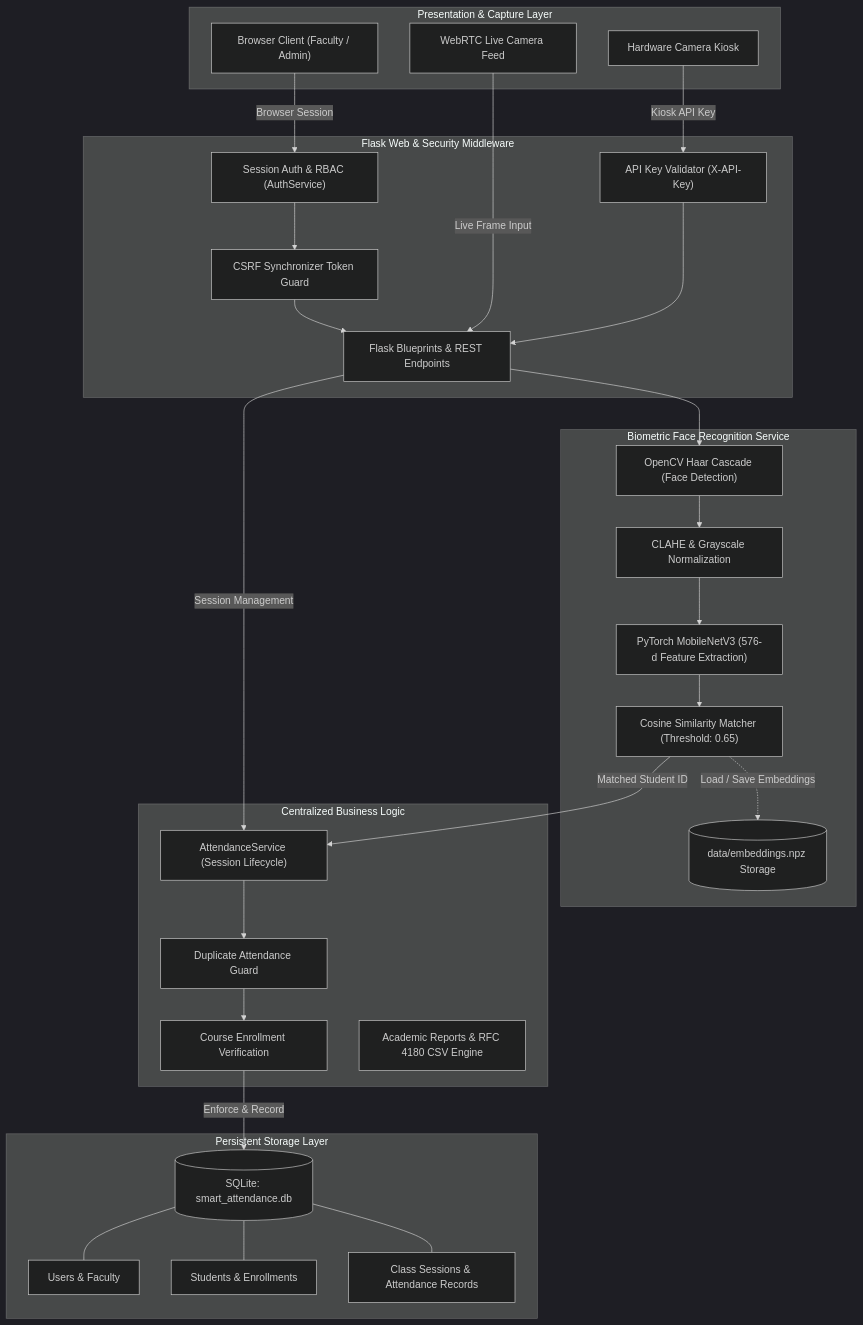
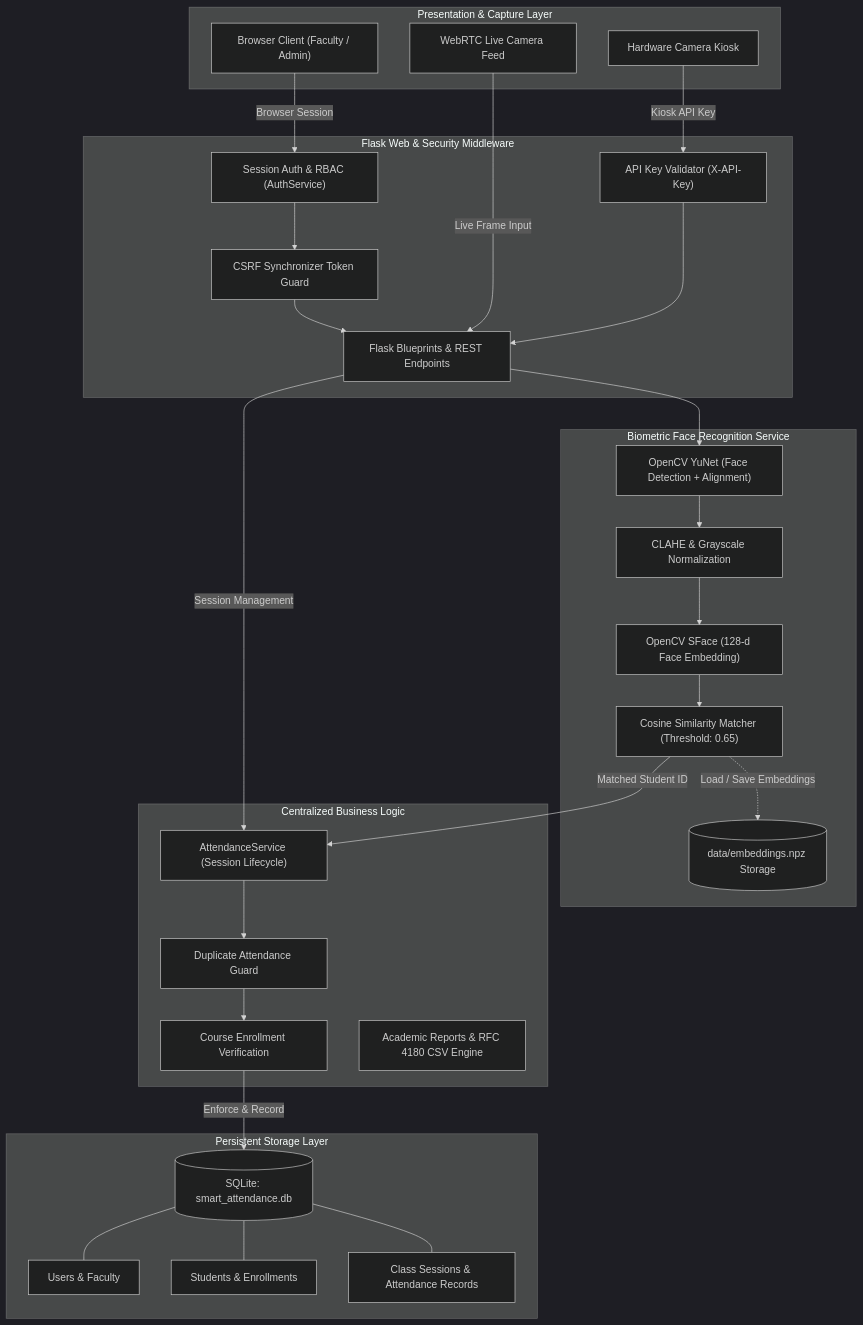
Before and after one commit to BhoomiSaraf/SoftwareEng_LabProject: the diagram in README.md, drawn with Mermaid (dark theme). The commit also changed other lines of this file and 29 other files, not shown here.

````diff
--- a/README.md
+++ b/README.md
@@ -55,57 +55,57 @@
 ```mermaid
 flowchart TD
     subgraph Clients["Presentation & Capture Layer"]
         A1["Browser Client (Faculty / Admin)"]
         A2["WebRTC Live Camera Feed"]
         A3["Hardware Camera Kiosk"]
     end
 
     subgraph Gateway["Flask Web & Security Middleware"]
         B1["Session Auth & RBAC (AuthService)"]
         B2["CSRF Synchronizer Token Guard"]
         B3["API Key Validator (X-API-Key)"]
         B4["Flask Blueprints & REST Endpoints"]
     end
 
     subgraph Vision["Biometric Face Recognition Service"]
-        C1["OpenCV Haar Cascade (Face Detection)"]
+        C1["OpenCV YuNet (Face Detection + Alignment)"]
         C2["CLAHE & Grayscale Normalization"]
-        C3["PyTorch MobileNetV3 (576-d Feature Extraction)"]
+        C3["OpenCV SFace (128-d Face Embedding)"]
         C4["Cosine Similarity Matcher (Threshold: 0.65)"]
         C5[("data/embeddings.npz Storage")]
     end
 
     subgraph Service["Centralized Business Logic"]
         D1["AttendanceService (Session Lifecycle)"]
         D2["Duplicate Attendance Guard"]
         D3["Course Enrollment Verification"]
         D4["Academic Reports & RFC 4180 CSV Engine"]
     end
 
     subgraph Database["Persistent Storage Layer"]
         E1[("SQLite: smart_attendance.db")]
         E2["Users & Faculty"]
         E3["Students & Enrollments"]
         E4["Class Sessions & Attendance Records"]
     end
 
     A1 -->|"Browser Session"| B1
     B1 --> B2
     B2 --> B4
     A2 -->|"Live Frame Input"| B4
     A3 -->|"Kiosk API Key"| B3
     B3 --> B4
     B4 --> C1
     C1 --> C2
     C2 --> C3
     C3 --> C4
     C4 -.->|"Load / Save Embeddings"| C5
     C4 -->|"Matched Student ID"| D1
     B4 -->|"Session Management"| D1
     D1 --> D2
     D2 --> D3
     D3 -->|"Enforce & Record"| E1
     E1 --- E2
     E1 --- E3
     E1 --- E4
 ```
````
